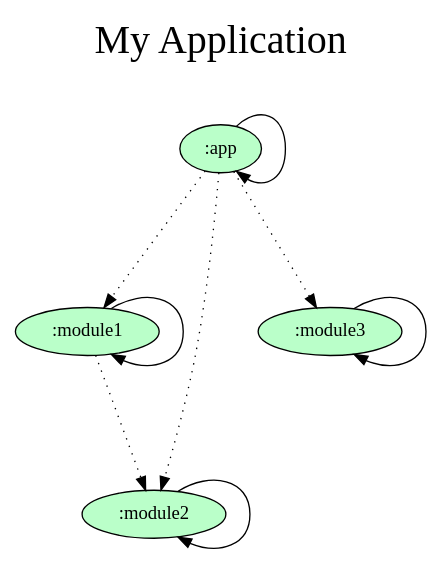
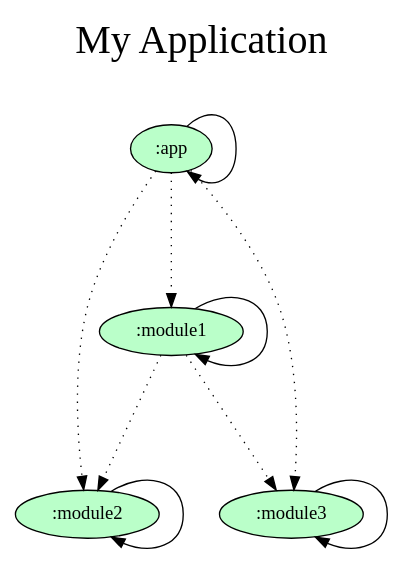
One commit to alexaccandr/test_graph changed the diagram in gradle/dependency-graph/project.dot. Above: the diagram before and after it, drawn with Graphviz. The commit also changed 1 other file, not shown here.

Commit message:
Update dependency graph

```diff
--- a/gradle/dependency-graph/project.dot
+++ b/gradle/dependency-graph/project.dot
@@ -1,25 +1,26 @@
 digraph {
   graph [label="My Application\n ",labelloc=t,fontsize=30,ranksep=1.4];
   node [style=filled, fillcolor="#bbbbbb"];
   rankdir=TB;
 
   # Projects
 
   ":app" [fillcolor="#baffc9"];
   ":module1" [fillcolor="#baffc9"];
   ":module2" [fillcolor="#baffc9"];
   ":module3" [fillcolor="#baffc9"];
 
   {rank = same;}
 
   # Dependencies
 
   ":app" -> ":app"
   ":app" -> ":module1" [style=dotted]
   ":app" -> ":module2" [style=dotted]
   ":app" -> ":module3" [style=dotted]
   ":module1" -> ":module1"
   ":module1" -> ":module2" [style=dotted]
+  ":module1" -> ":module3" [style=dotted]
   ":module2" -> ":module2"
   ":module3" -> ":module3"
 }
```
